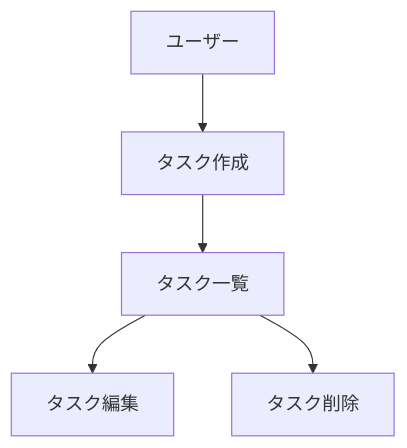
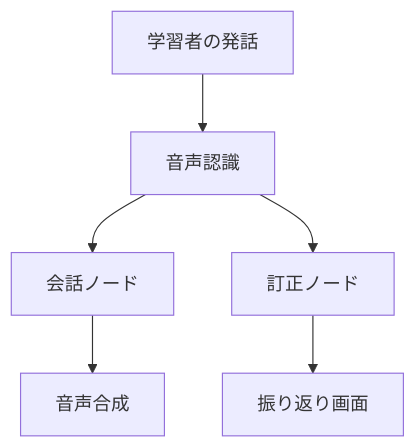
One commit to Jun-Araki/japanese-speaking-coach changed the diagram in CLAUDE.md. Above: the diagram before and after it, drawn with Mermaid. The commit also changed other lines of this file and 14 other files, not shown here.

````diff
--- a/CLAUDE.md
+++ b/CLAUDE.md
@@ -212,7 +243,8 @@
 ```mermaid
 graph TD
-　　A[ユーザー] --> B[タスク作成]
-　　B --> C[タスク一覧]
-　　C --> D[タスク編集]
-　　C --> E[タスク削除]
+　　A[学習者の発話] --> B[音声認識]
+　　B --> C[会話ノード]
+　　B --> D[訂正ノード]
+　　C --> E[音声合成]
+　　D --> F[振り返り画面]
 ```
````
